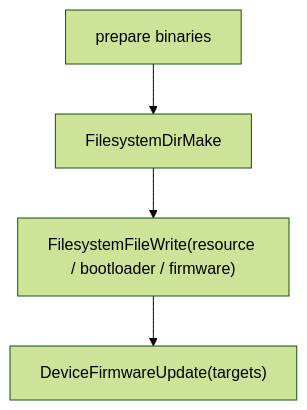
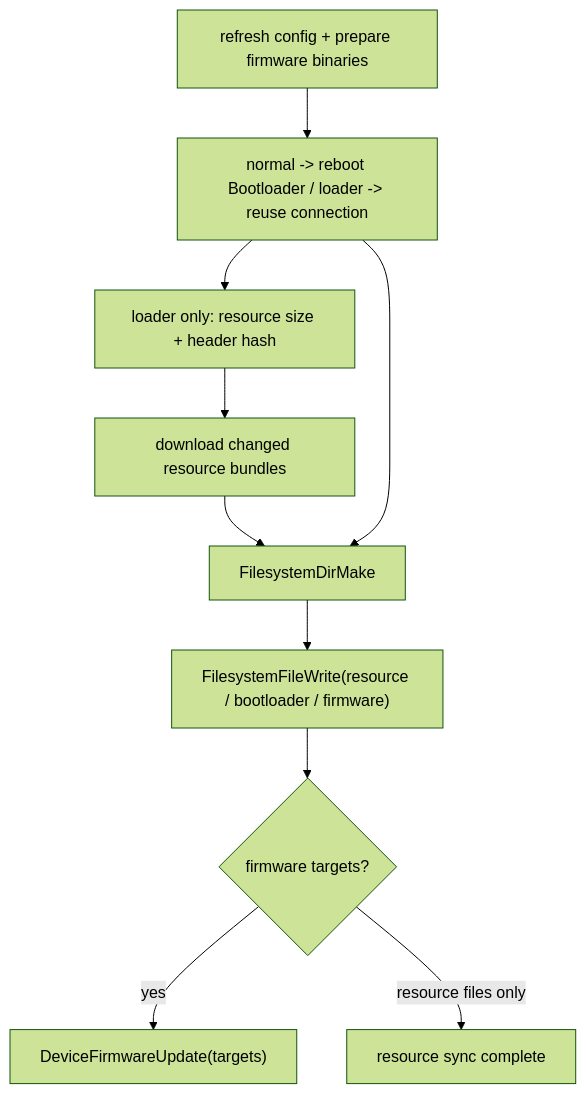
Before and after one commit to OneKeyHQ/hardware-js-sdk: the third of 3 diagrams in docs/architecture/overview.md, drawn with Mermaid (forest theme). The commit also changed other lines of this file and 326 other files, not shown here.

````diff
--- a/docs/architecture/overview.md
+++ b/docs/architecture/overview.md
@@ -149,9 +153,19 @@
 ```mermaid
 flowchart TD
-  Prepare["prepare binaries"]
+  Prepare["refresh config + prepare firmware binaries"]
+  Enter["normal -> reboot Bootloader / loader -> reuse connection"]
+  Inventory["loader only: resource size + header hash"]
+  Download["download changed resource bundles"]
   Mkdir["FilesystemDirMake"]
   Write["FilesystemFileWrite(resource / bootloader / firmware)"]
+  Install{"firmware targets?"}
   Update["DeviceFirmwareUpdate(targets)"]
+  Done["resource sync complete"]
 
-  Prepare --> Mkdir --> Write --> Update
+  Prepare --> Enter
+  Enter --> Inventory --> Download --> Mkdir
+  Enter --> Mkdir
+  Mkdir --> Write --> Install
+  Install -->|yes| Update
+  Install -->|resource files only| Done
 ```
````
